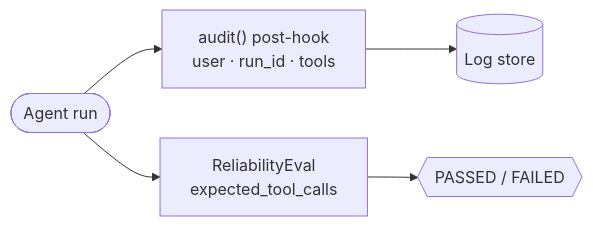
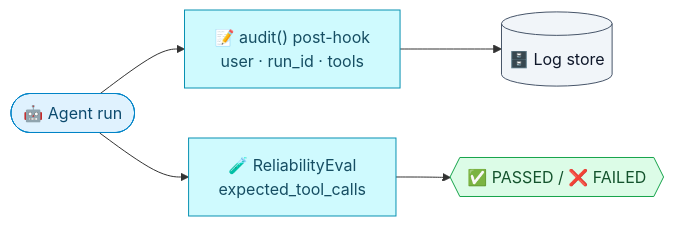
One commit to ashishpatel26/Responsible-AI-for-AI-Agent-Harness changed the sixth of 7 diagrams in README.md. Above: the diagram before and after it, drawn with Mermaid. The commit also changed other lines of this file and 1 other file, not shown here.

````diff
--- a/README.md
+++ b/README.md
@@ -100,7 +129,11 @@
 ```mermaid
 flowchart LR
-    R([Agent run]) --> A["audit() post-hook<br/>user · run_id · tools"]
-    A --> LOG[(Log store)]
-    R --> E["ReliabilityEval<br/>expected_tool_calls"]
-    E --> V{{PASSED / FAILED}}
+    R(["🤖 Agent run"]):::run --> A["📝 audit() post-hook<br/>user · run_id · tools"]:::trust
+    A --> LOG[("🗄️ Log store")]:::store
+    R --> E["🧪 ReliabilityEval<br/>expected_tool_calls"]:::trust
+    E --> V{{"✅ PASSED / ❌ FAILED"}}:::ok
+    classDef run fill:#e0f2fe,stroke:#0284c7,color:#0c4a6e
+    classDef trust fill:#cffafe,stroke:#0891b2,color:#164e63
+    classDef store fill:#f1f5f9,stroke:#475569,color:#0f172a
+    classDef ok fill:#dcfce7,stroke:#16a34a,color:#14532d
 ```
````
